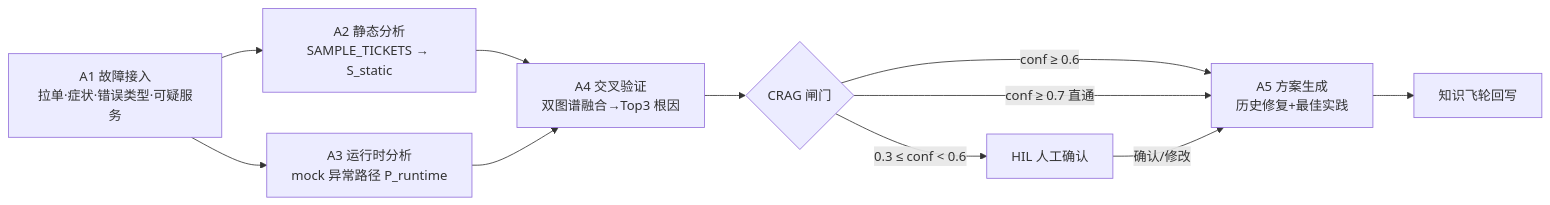
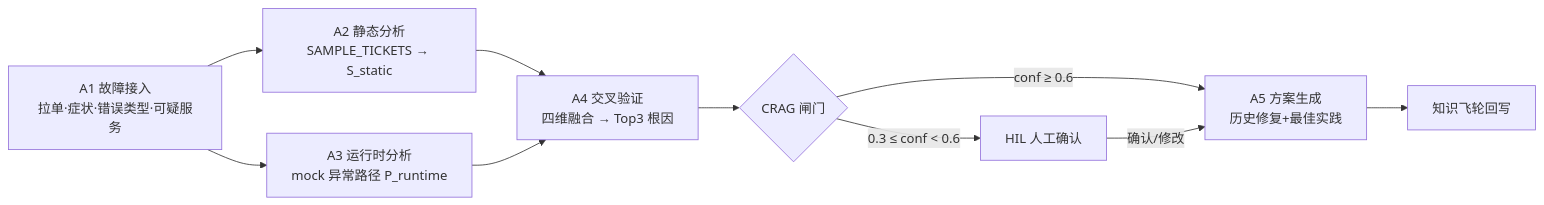
One commit to bigDataZWH/AutoBugFix changed the second of 5 diagrams in ARCHITECTURE.md. Above: the diagram before and after it, drawn with Mermaid. The commit also changed other lines of this file, not shown here.

````diff
--- a/ARCHITECTURE.md
+++ b/ARCHITECTURE.md
@@ -103,13 +101,12 @@
 ```mermaid
 flowchart LR
     A1["A1 故障接入<br/>拉单·症状·错误类型·可疑服务"] --> A2
     A1 --> A3
     A2["A2 静态分析<br/>SAMPLE_TICKETS → S_static"] --> A4
     A3["A3 运行时分析<br/>mock 异常路径 P_runtime"] --> A4
-    A4["A4 交叉验证<br/>双图谱融合→Top3 根因"] --> G{"CRAG 闸门"}
+    A4["A4 交叉验证<br/>四维融合 → Top3 根因"] --> G{"CRAG 闸门"}
     G -->|conf ≥ 0.6| A5["A5 方案生成<br/>历史修复+最佳实践"]
-    G -->|conf ≥ 0.7 直通| A5
     G -->|0.3 ≤ conf < 0.6| HIL["HIL 人工确认"]
     HIL -->|确认/修改| A5
     A5 --> WB["知识飞轮回写"]
 ```
````
